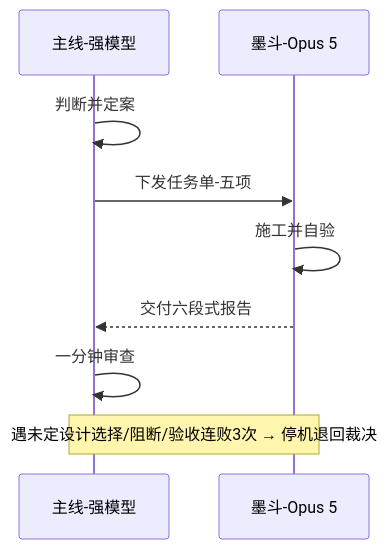
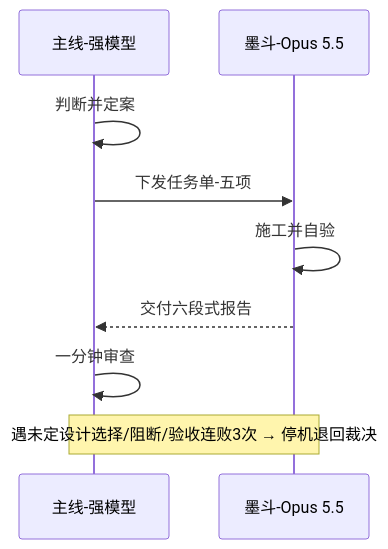
One commit to qq77666766-byte/modou changed the first of 3 diagrams in README.md. Above: the diagram before and after it, drawn with Mermaid. The commit also changed other lines of this file and 2 other files, not shown here.

First line of the commit message:
Adapt Modou to Opus 5.5 / Fable 5.1 lineup

````diff
--- a/README.md
+++ b/README.md
@@ -19,11 +19,11 @@
 ```mermaid
 sequenceDiagram
     participant M as 主线-强模型
-    participant D as 墨斗-Opus 5
+    participant D as 墨斗-Opus 5.5
     M->>M: 判断并定案
     M->>D: 下发任务单-五项
     D->>D: 施工并自验
     D-->>M: 交付六段式报告
     M->>M: 一分钟审查
     Note over D,M: 遇未定设计选择/阻断/验收连败3次 → 停机退回裁决
 ```
````
